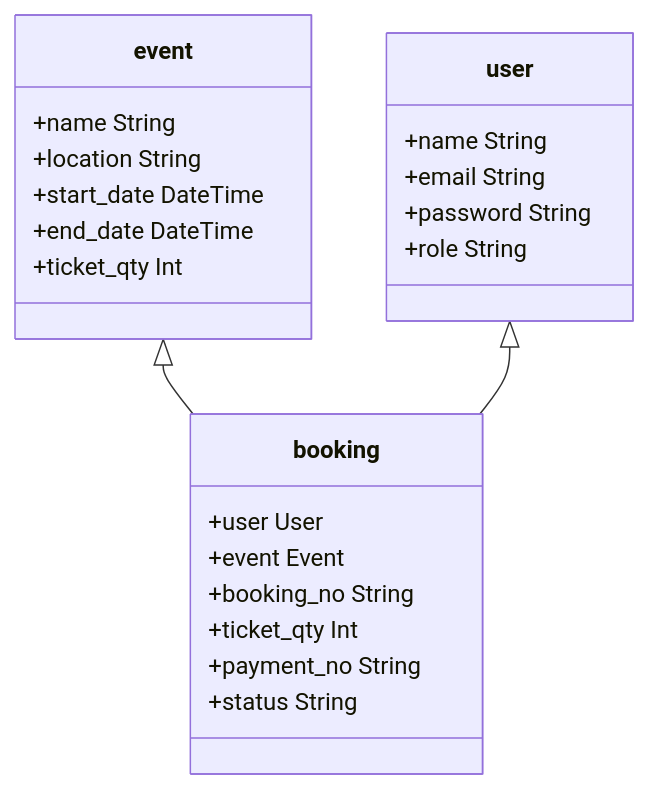
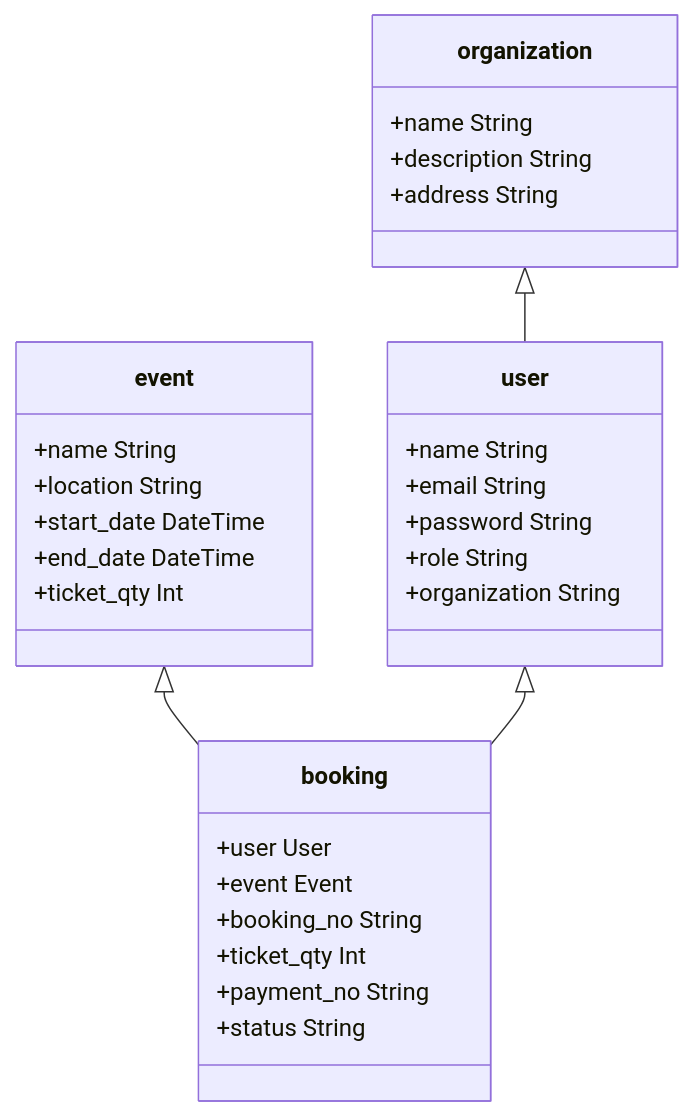
Before and after one commit to Citra-citoru/ticketing_system: the diagram in README.md, drawn with Mermaid.

````diff
--- a/README.md
+++ b/README.md
@@ -6,26 +6,33 @@
 ```mermaid
 classDiagram
+  class organization{
+    +name String
+    +description String
+    +address String
+  }
   class user{
     +name String
     +email String
     +password String
     +role String
+    +organization String
   }
   class event{
     +name String
     +location String
     +start_date DateTime
     +end_date DateTime
     +ticket_qty Int
   }
   class booking{
     +user User
     +event Event
     +booking_no String
     +ticket_qty Int
     +payment_no String
     +status String
   }
   event <|-- booking
   user <|-- booking
+  organization <|-- user
 ```
````
